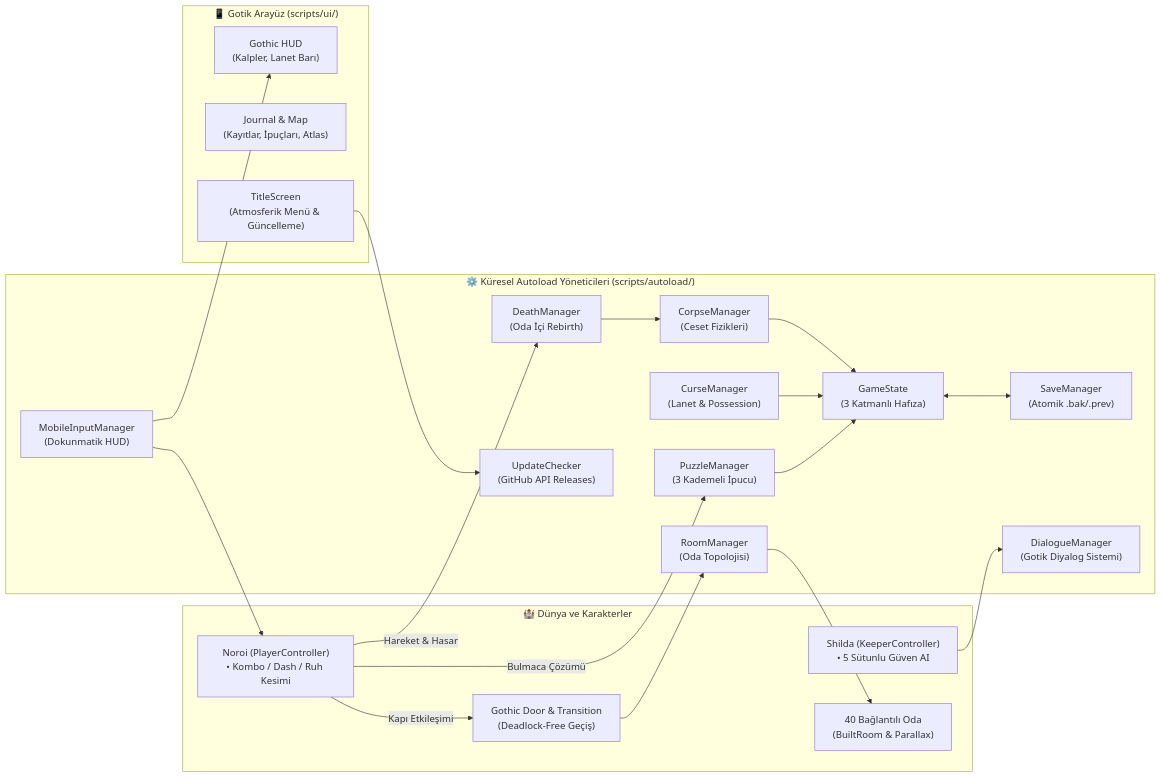
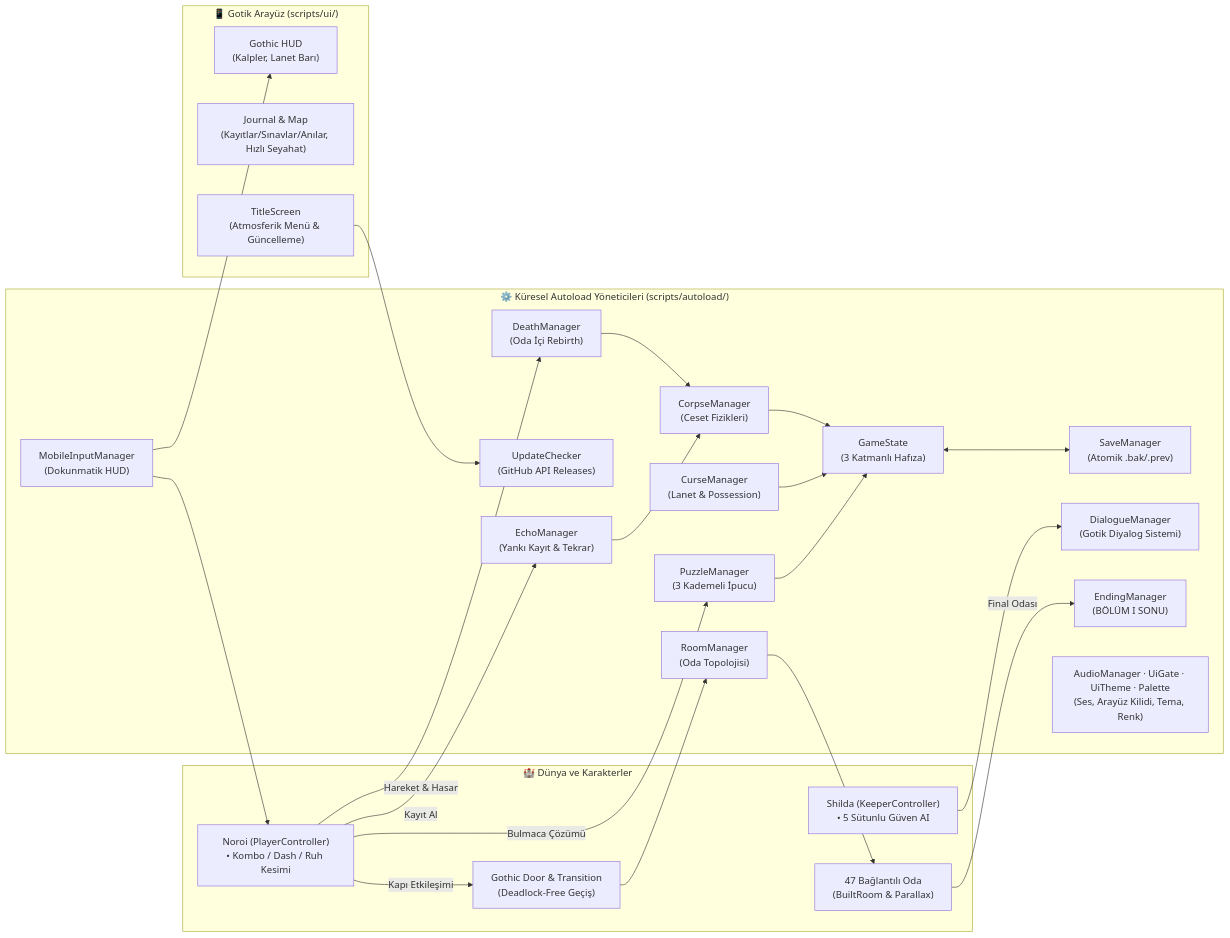
One commit to jagwey/THE-ROOM-REMEMBERS changed the second of 3 diagrams in README.md. Above: the diagram before and after it, drawn with Mermaid. The commit also changed other lines of this file and 8 other files, not shown here.

Commit message:
docs: README refresh for v1.18.4 (story, architecture, 47-room atlas, new gallery, audit list)

````diff
--- a/README.md
+++ b/README.md
@@ -109,43 +123,49 @@
 ```mermaid
 flowchart LR
     subgraph Autoload["⚙️ Küresel Autoload Yöneticileri (scripts/autoload/)"]
         GM["GameState<br/>(3 Katmanlı Hafıza)"]
         DM["DeathManager<br/>(Oda İçi Rebirth)"]
         CM["CorpseManager<br/>(Ceset Fizikleri)"]
         CurM["CurseManager<br/>(Lanet & Possession)"]
         RM["RoomManager<br/>(Oda Topolojisi)"]
         PM["PuzzleManager<br/>(3 Kademeli İpucu)"]
         SM["SaveManager<br/>(Atomik .bak/.prev)"]
         DiaM["DialogueManager<br/>(Gotik Diyalog Sistemi)"]
         MIM["MobileInputManager<br/>(Dokunmatik HUD)"]
         UC["UpdateChecker<br/>(GitHub API Releases)"]
+        EchoM["EchoManager<br/>(Yankı Kayıt & Tekrar)"]
+        EndM["EndingManager<br/>(BÖLÜM I SONU)"]
+        Misc["AudioManager · UiGate · UiTheme · Palette<br/>(Ses, Arayüz Kilidi, Tema, Renk)"]
     end
 
     subgraph World["🏰 Dünya ve Karakterler"]
         Player["Noroi (PlayerController)<br/>• Kombo / Dash / Ruh Kesimi"]
         Keeper["Shilda (KeeperController)<br/>• 5 Sütunlu Güven AI"]
-        Rooms["40 Bağlantılı Oda<br/>(BuiltRoom & Parallax)"]
+        Rooms["47 Bağlantılı Oda<br/>(BuiltRoom & Parallax)"]
         Doors["Gothic Door & Transition<br/>(Deadlock-Free Geçiş)"]
     end
 
     subgraph UI["📱 Gotik Arayüz (scripts/ui/)"]
         HUD["Gothic HUD<br/>(Kalpler, Lanet Barı)"]
-        Journal["Journal & Map<br/>(Kayıtlar, İpuçları, Atlas)"]
+        Journal["Journal & Map<br/>(Kayıtlar/Sınavlar/Anılar, Hızlı Seyahat)"]
         Title["TitleScreen<br/>(Atmosferik Menü & Güncelleme)"]
     end
 
     Player -->|Hareket & Hasar| DM
     DM --> CM
     CM --> GM
     CurM --> GM
     Player -->|Kapı Etkileşimi| Doors
     Doors --> RM
     RM --> Rooms
     Player -->|Bulmaca Çözümü| PM
     PM --> GM
     GM <--> SM
     MIM --> Player
     MIM --> HUD
     Keeper --> DiaM
     Title --> UC
+    Player -->|Kayıt Al| EchoM
+    EchoM --> CM
+    Rooms -->|Final Odası| EndM
 ```
````
